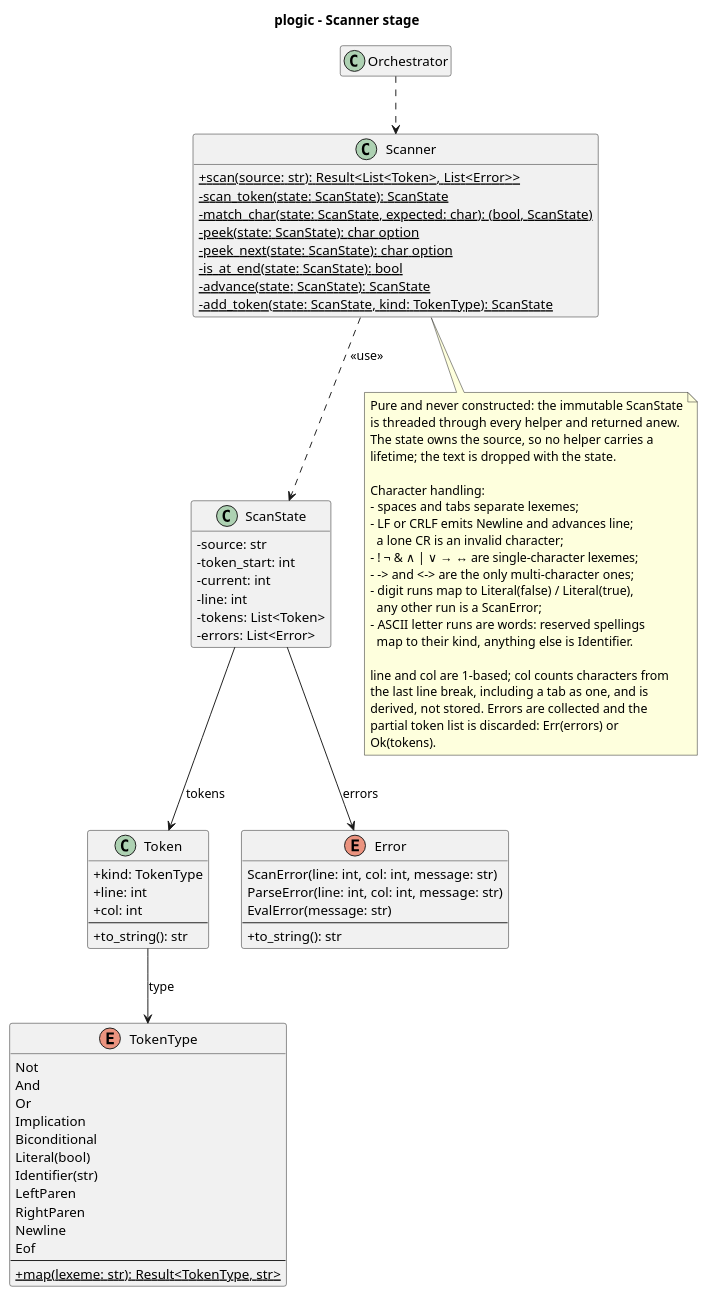
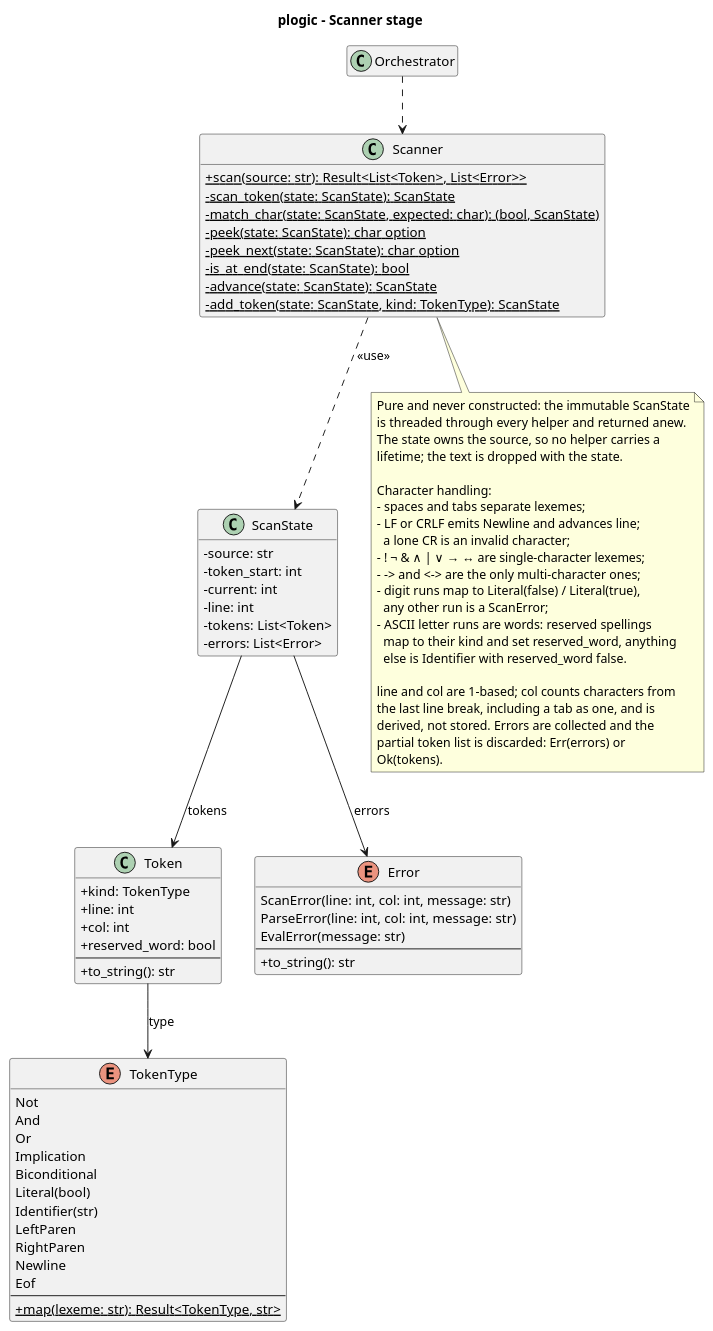
The diagram in design/diagrams/scanner_class.puml (Josgtg/plogic), drawn with PlantUML before and after one commit. The commit also changed 8 other files, not shown here.

Commit message:
design: record the reserved-word diagnostics

```diff
--- a/design/diagrams/scanner_class.puml
+++ b/design/diagrams/scanner_class.puml
@@ -1,92 +1,94 @@
 @startuml scanner_class
 title plogic - Scanner stage
 
 skinparam classAttributeIconSize 0
 hide empty members
 
 class Orchestrator
 
 enum TokenType {
   Not
   And
   Or
   Implication
   Biconditional
   Literal(bool)
   Identifier(str)
   LeftParen
   RightParen
   Newline
   Eof
   --
   +{static} map(lexeme: str): Result<TokenType, str>
 }
 
 class Token {
   +kind: TokenType
   +line: int
   +col: int
+  +reserved_word: bool
   --
   +to_string(): str
 }
 
 class ScanState {
   -source: str
   -token_start: int
   -current: int
   -line: int
   -tokens: List<Token>
   -errors: List<Error>
 }
 
 class Scanner {
   +{static} scan(source: str): Result<List<Token>, List<Error>>
   -{static} scan_token(state: ScanState): ScanState
   -{static} match_char(state: ScanState, expected: char): (bool, ScanState)
   -{static} peek(state: ScanState): char option
   -{static} peek_next(state: ScanState): char option
   -{static} is_at_end(state: ScanState): bool
   -{static} advance(state: ScanState): ScanState
   -{static} add_token(state: ScanState, kind: TokenType): ScanState
 }
 
 enum Error {
   ScanError(line: int, col: int, message: str)
   ParseError(line: int, col: int, message: str)
   EvalError(message: str)
   --
   +to_string(): str
 }
 
 note bottom of Scanner
   Pure and never constructed: the immutable ScanState
   is threaded through every helper and returned anew.
   The state owns the source, so no helper carries a
   lifetime; the text is dropped with the state.
 
   Character handling:
   - spaces and tabs separate lexemes;
   - LF or CRLF emits Newline and advances line;
     a lone CR is an invalid character;
   - ! ¬ & ∧ | ∨ → ↔ are single-character lexemes;
   - -> and <-> are the only multi-character ones;
   - digit runs map to Literal(false) / Literal(true),
     any other run is a ScanError;
   - ASCII letter runs are words: reserved spellings
-    map to their kind, anything else is Identifier.
+    map to their kind and set reserved_word, anything
+    else is Identifier with reserved_word false.
 
   line and col are 1-based; col counts characters from
   the last line break, including a tab as one, and is
   derived, not stored. Errors are collected and the
   partial token list is discarded: Err(errors) or
   Ok(tokens).
 end note
 
 Orchestrator ..> Scanner
 
 Scanner ..> ScanState : <<use>>
 ScanState --> Token : tokens
 ScanState --> Error : errors
 Token --> TokenType : type
 
 @enduml
```
